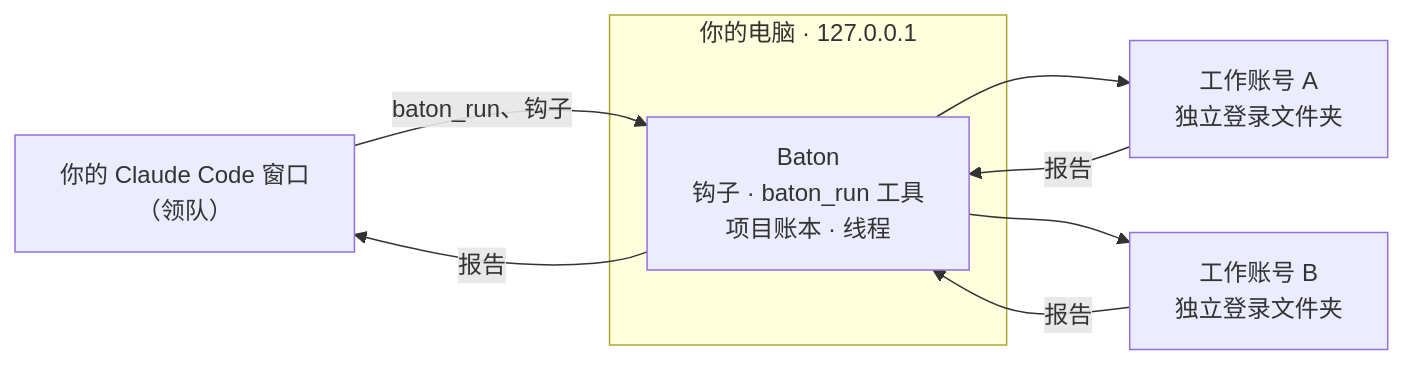
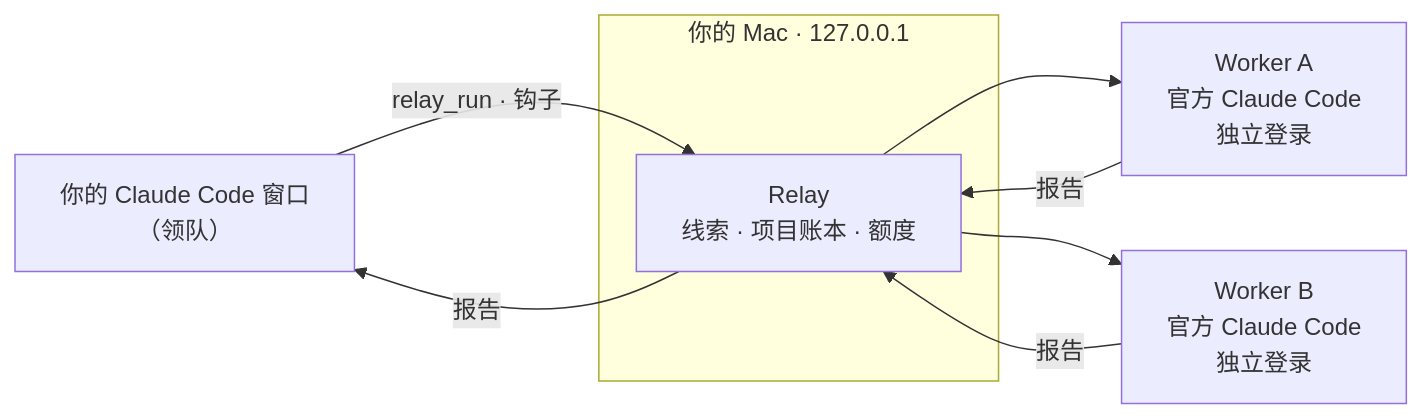
The diagram in README.zh-CN.md (OvOhao/relay), drawn with Mermaid before and after one commit. The commit also changed other lines of this file and 79 other files, not shown here.

````diff
--- a/README.zh-CN.md
+++ b/README.zh-CN.md
@@ -68,12 +117,12 @@
 ```mermaid
 flowchart LR
-  L["你的 Claude Code 窗口<br/>（领队）"] -->|"baton_run、钩子"| B
-  subgraph PC["你的电脑 · 127.0.0.1"]
-    B["Baton<br/>钩子 · baton_run 工具<br/>项目账本 · 线程"]
+  L["你的 Claude Code 窗口<br/>（领队）"] -->|"relay_run · 钩子"| R
+  subgraph Mac["你的 Mac · 127.0.0.1"]
+    R["Relay<br/>线索 · 项目账本 · 额度"]
   end
-  B --> W1["工作账号 A<br/>独立登录文件夹"]
-  B --> W2["工作账号 B<br/>独立登录文件夹"]
-  W1 -->|报告| B
-  W2 -->|报告| B
-  B -->|报告| L
+  R --> W1["Worker A<br/>官方 Claude Code<br/>独立登录"]
+  R --> W2["Worker B<br/>官方 Claude Code<br/>独立登录"]
+  W1 -->|报告| R
+  W2 -->|报告| R
+  R -->|报告| L
 ```
````
